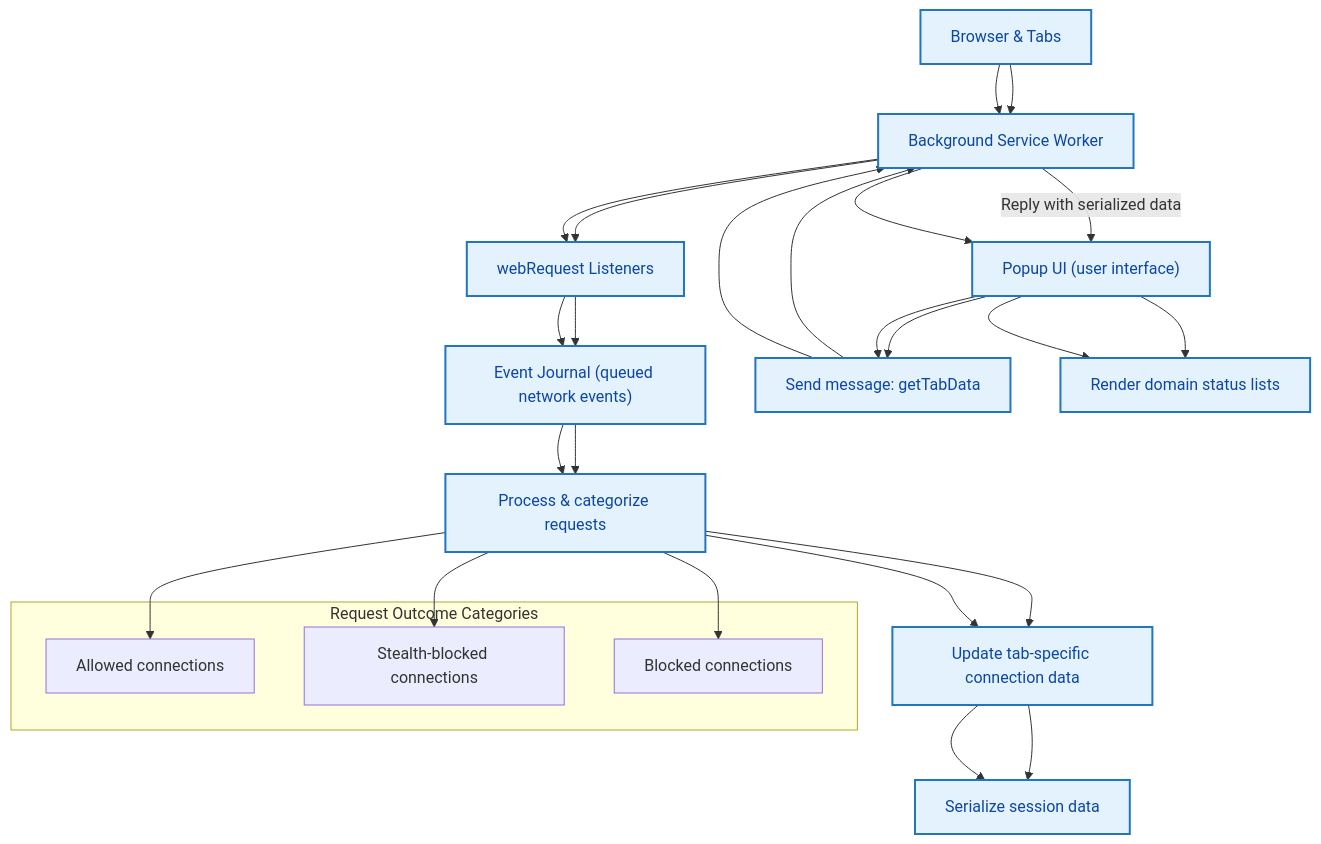
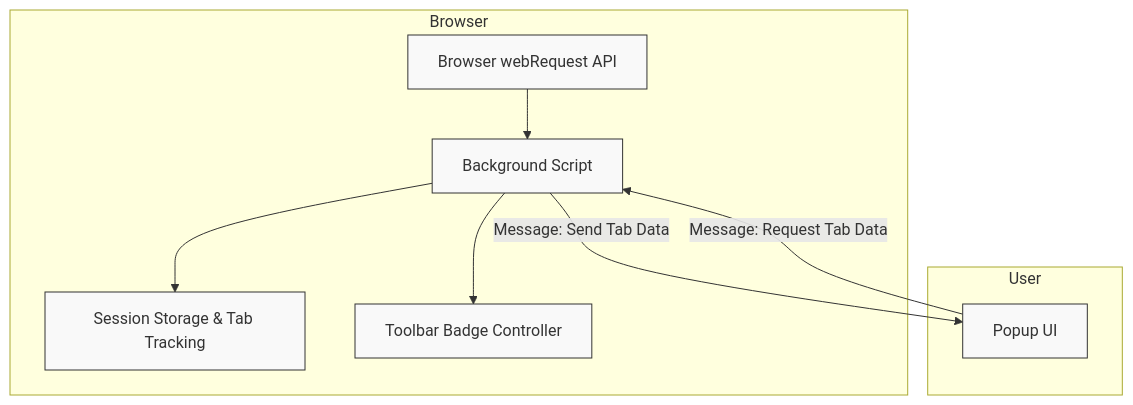
Before and after one commit to clidey/docucod-public-project-adf15a81-508f-4f0d-9083-12549e1f66a0: the diagram in overview/architecture-features/system-architecture.mdx, drawn with Mermaid. The commit also changed other lines of this file and 17 other files, not shown here.

````diff
--- a/overview/architecture-features/system-architecture.mdx
+++ b/overview/architecture-features/system-architecture.mdx
@@ -63,40 +48,23 @@
 ```mermaid
-flowchart TD
-  Browser["Browser & Tabs"] --> ServiceWorker["Background Service Worker"]
-  ServiceWorker --> WebRequestAPI["webRequest Listeners"]
-  WebRequestAPI --> NetworkRequestJournal["Event Journal (queued network events)"]
-  NetworkRequestJournal --> ProcessJournal["Process & categorize requests"]
-  ProcessJournal --> UpdateSessions["Update tab-specific connection data"]
-  UpdateSessions --> SessionStorage["Serialize session data"]
+graph TD
+  BrowserAPI["Browser webRequest API"] --> BackgroundScript["Background Script"]
+  BackgroundScript --> SessionStorage["Session Storage & Tab Tracking"]
+  BackgroundScript --> BadgeUpdater["Toolbar Badge Controller"]
+  PopupUI["Popup UI"] -->|Message: Request Tab Data| BackgroundScript
+  BackgroundScript -->|Message: Send Tab Data| PopupUI
 
-  PopupUI["Popup UI (user interface)"] --> MessageBG["Send message: getTabData"]
-  MessageBG --> ServiceWorker
-  ServiceWorker -- Reply with serialized data --> PopupUI
-  PopupUI --> RenderData["Render domain status lists"]
-
-  subgraph "Request Outcome Categories"
-    Allowed["Allowed connections"]
-    Stealth["Stealth-blocked connections"]
-    Blocked["Blocked connections"]
+  subgraph User
+    PopupUI
   end
 
-  ProcessJournal --> Allowed
-  ProcessJournal --> Stealth
-  ProcessJournal --> Blocked
+  subgraph Browser
+    BrowserAPI
+    BackgroundScript
+    SessionStorage
+    BadgeUpdater
+  end
 
-  classDef component fill:#e3f2fd,stroke:#2176bd,stroke-width:2px,color:#0d47a1;
-  class Browser,ServiceWorker,PopupUI,WebRequestAPI,NetworkRequestJournal,ProcessJournal,UpdateSessions,SessionStorage,MessageBG,RenderData component;
-
-  %% style and layout
-  Browser --> ServiceWorker
-  PopupUI --> MessageBG
-  MessageBG --> ServiceWorker
-  ServiceWorker --> WebRequestAPI
-  WebRequestAPI --> NetworkRequestJournal
-  NetworkRequestJournal --> ProcessJournal
-  ProcessJournal --> UpdateSessions
-  UpdateSessions --> SessionStorage
-  ServiceWorker --> PopupUI
-  PopupUI --> RenderData
-
+  %% Style
+  classDef component fill:#f9f9f9,stroke:#333,stroke-width:1px;
+  class BrowserAPI,BackgroundScript,SessionStorage,BadgeUpdater,PopupUI component;
 ```
````
